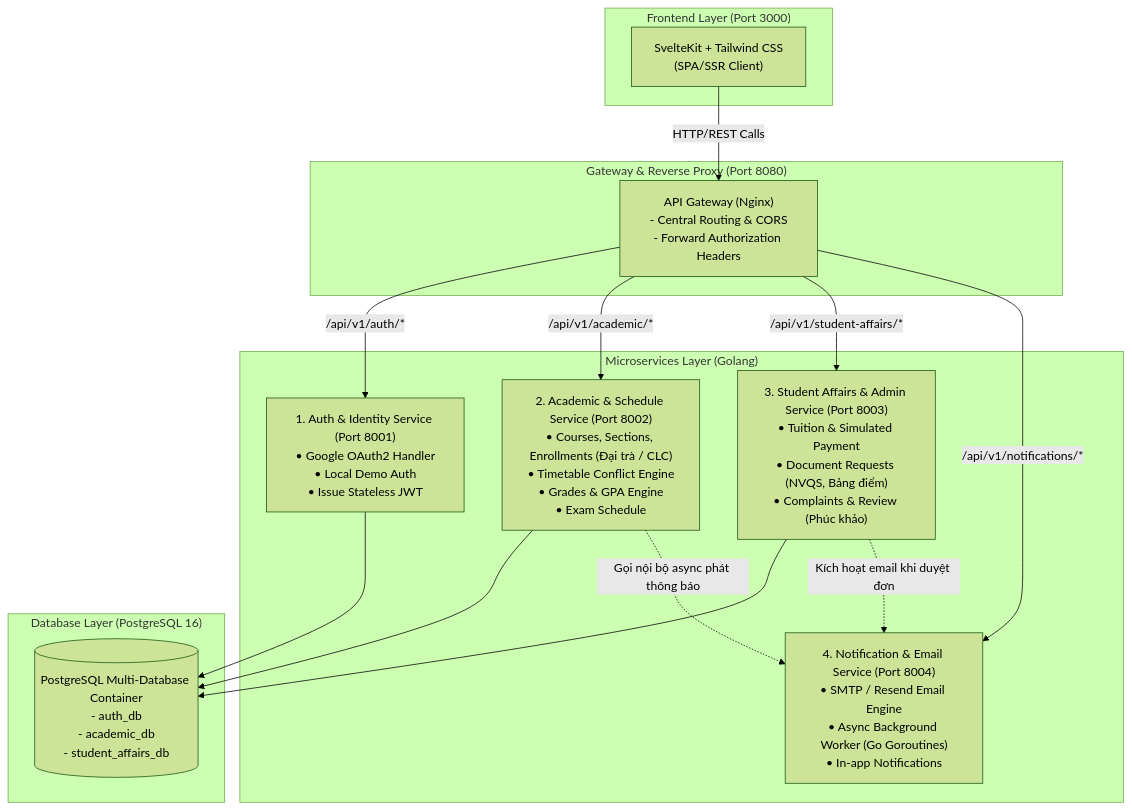
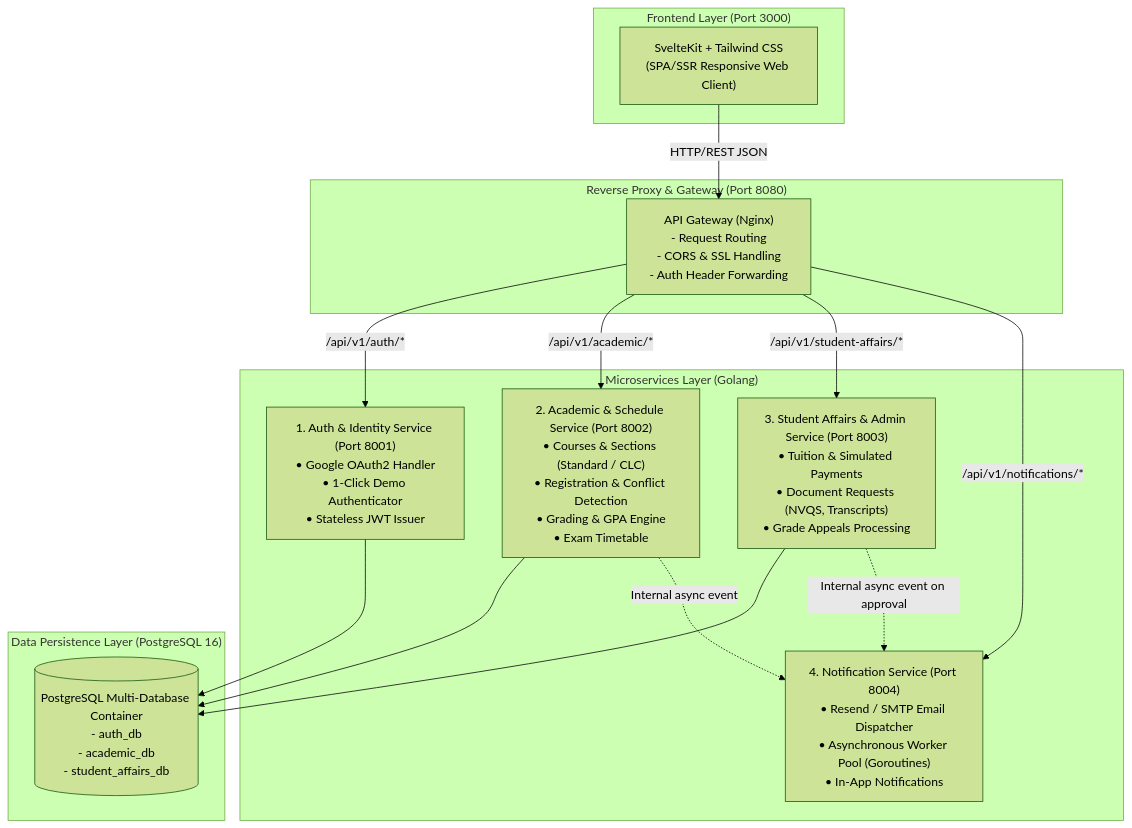
The first of 2 diagrams in docs/design/system-architecture-spec.md (zeeptobean/introse-portal67), drawn with Mermaid (forest theme) before and after one commit. The commit also changed other lines of this file and 10 other files, not shown here.

````diff
--- a/docs/design/system-architecture-spec.md
+++ b/docs/design/system-architecture-spec.md
@@ -99,37 +106,37 @@
 ```mermaid
 graph TB
     subgraph ClientApp ["Frontend Layer (Port 3000)"]
-        FE["SvelteKit + Tailwind CSS<br/>(SPA/SSR Client)"]
+        FE["SvelteKit + Tailwind CSS<br/>(SPA/SSR Responsive Web Client)"]
     end
 
-    subgraph Gateway ["Gateway & Reverse Proxy (Port 8080)"]
-        Proxy["API Gateway (Nginx)<br/>- Central Routing & CORS<br/>- Forward Authorization Headers"]
+    subgraph Gateway ["Reverse Proxy & Gateway (Port 8080)"]
+        Proxy["API Gateway (Nginx)<br/>- Request Routing<br/>- CORS & SSL Handling<br/>- Auth Header Forwarding"]
     end
 
     subgraph Microservices ["Microservices Layer (Golang)"]
-        AuthSvc["1. Auth & Identity Service (Port 8001)<br/>• Google OAuth2 Handler<br/>• Local Demo Auth<br/>• Issue Stateless JWT"]
+        AuthSvc["1. Auth & Identity Service (Port 8001)<br/>• Google OAuth2 Handler<br/>• 1-Click Demo Authenticator<br/>• Stateless JWT Issuer"]
         
-        AcadSvc["2. Academic & Schedule Service (Port 8002)<br/>• Courses, Sections, Enrollments (Đại trà / CLC)<br/>• Timetable Conflict Engine<br/>• Grades & GPA Engine<br/>• Exam Schedule"]
+        AcadSvc["2. Academic & Schedule Service (Port 8002)<br/>• Courses & Sections (Standard / CLC)<br/>• Registration & Conflict Detection<br/>• Grading & GPA Engine<br/>• Exam Timetable"]
         
-        AdminSvc["3. Student Affairs & Admin Service (Port 8003)<br/>• Tuition & Simulated Payment<br/>• Document Requests (NVQS, Bảng điểm)<br/>• Complaints & Review (Phúc khảo)"]
+        AdminSvc["3. Student Affairs & Admin Service (Port 8003)<br/>• Tuition & Simulated Payments<br/>• Document Requests (NVQS, Transcripts)<br/>• Grade Appeals Processing"]
         
-        NotifSvc["4. Notification & Email Service (Port 8004)<br/>• SMTP / Resend Email Engine<br/>• Async Background Worker (Go Goroutines)<br/>• In-app Notifications"]
+        NotifSvc["4. Notification Service (Port 8004)<br/>• Resend / SMTP Email Dispatcher<br/>• Asynchronous Worker Pool (Goroutines)<br/>• In-App Notifications"]
     end
 
-    subgraph DataStorage ["Database Layer (PostgreSQL 16)"]
+    subgraph DataStorage ["Data Persistence Layer (PostgreSQL 16)"]
         DB[("PostgreSQL Multi-Database Container<br/>- auth_db<br/>- academic_db<br/>- student_affairs_db")]
     end
 
-    FE -->|HTTP/REST Calls| Proxy
+    FE -->|HTTP/REST JSON| Proxy
     Proxy -->|/api/v1/auth/*| AuthSvc
     Proxy -->|/api/v1/academic/*| AcadSvc
     Proxy -->|/api/v1/student-affairs/*| AdminSvc
     Proxy -->|/api/v1/notifications/*| NotifSvc
 
     AuthSvc --> DB
     AcadSvc --> DB
     AdminSvc --> DB
     
-    AcadSvc -.->|Gọi nội bộ async phát thông báo| NotifSvc
-    AdminSvc -.->|Kích hoạt email khi duyệt đơn| NotifSvc
+    AcadSvc -.->|Internal async event| NotifSvc
+    AdminSvc -.->|Internal async event on approval| NotifSvc
 ```
````
